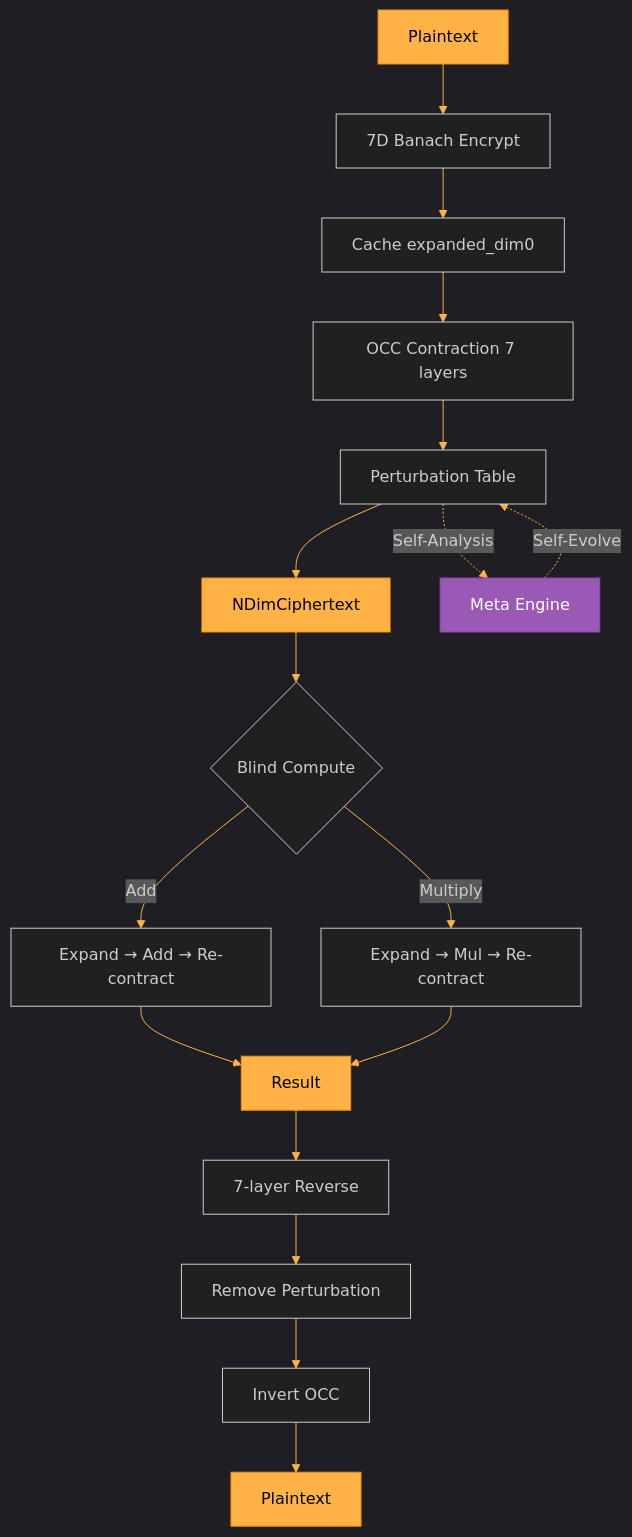
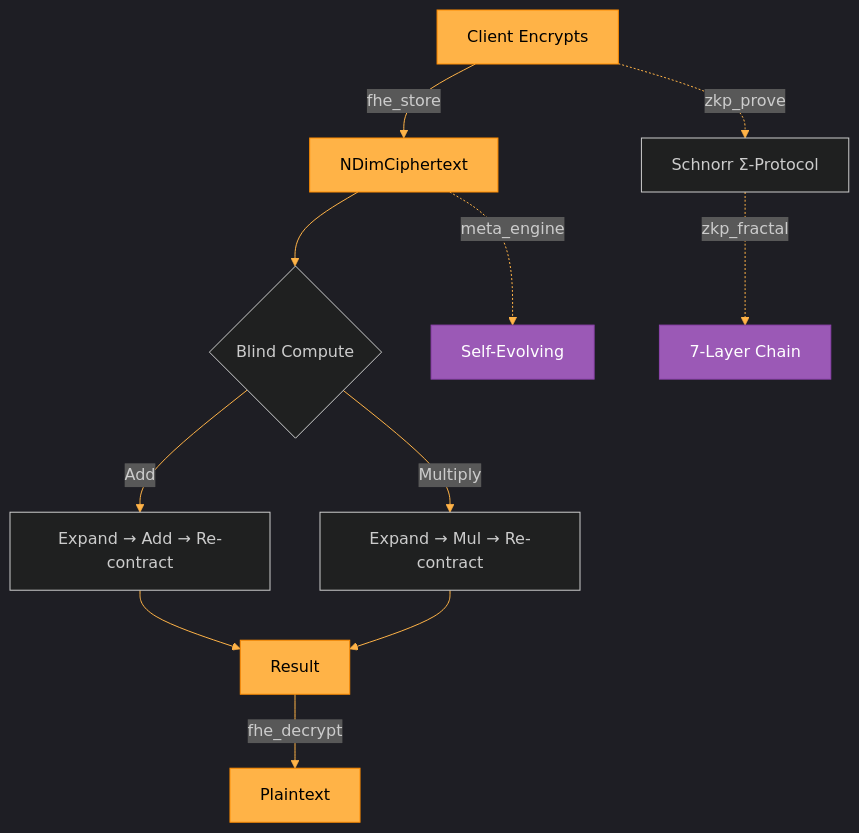
One commit to primordialomegazero/femmgFHE changed the diagram in README.md. Above: the diagram before and after it, drawn with Mermaid. The commit also changed other lines of this file and 2 other files, not shown here.

````diff
--- a/README.md
+++ b/README.md
@@ -61,29 +61,23 @@
 ```mermaid
 %%{init: {'theme':'dark','themeVariables': {'primaryColor':'#ffb347','primaryTextColor':'#000','primaryBorderColor':'#ff8c00','lineColor':'#ffb347','secondaryColor':'#1a1a2e','tertiaryColor':'#16213e'}}}%%
 graph TB
-    A["Plaintext"] --> B["7D Banach Encrypt"]
-    B --> C["Cache expanded_dim0"]
-    C --> D["OCC Contraction 7 layers"]
-    D --> E["Perturbation Table"]
-    E --> F["NDimCiphertext"]
+    A["Client Encrypts"] -->|fhe_store| B["NDimCiphertext"]
+    B --> C{"Blind Compute"}
+    C -->|Add| D["Expand → Add → Re-contract"]
+    C -->|Multiply| E["Expand → Mul → Re-contract"]
+    D --> F["Result"]
+    E --> F
+    F -->|fhe_decrypt| G["Plaintext"]
 
-    F --> G{"Blind Compute"}
-    G -->|Add| H["Expand → Add → Re-contract"]
-    G -->|Multiply| I["Expand → Mul → Re-contract"]
-    H --> J["Result"]
-    I --> J
+    A -.->|zkp_prove| H["Schnorr Σ-Protocol"]
+    H -.->|zkp_fractal| I["7-Layer Chain"]
 
-    J --> K["7-layer Reverse"]
-    K --> L["Remove Perturbation"]
-    L --> M["Invert OCC"]
-    M --> N["Plaintext"]
-
-    E -.->|Self-Analysis| O["Meta Engine"]
-    O -.->|Self-Evolve| E
+    B -.->|meta_engine| J["Self-Evolving"]
 
     style A fill:#ffb347,stroke:#ff8c00,color:#000
+    style B fill:#ffb347,stroke:#ff8c00,color:#000
     style F fill:#ffb347,stroke:#ff8c00,color:#000
-    style J fill:#ffb347,stroke:#ff8c00,color:#000
-    style N fill:#ffb347,stroke:#ff8c00,color:#000
-    style O fill:#9b59b6,stroke:#8e44ad,color:#fff
+    style G fill:#ffb347,stroke:#ff8c00,color:#000
+    style I fill:#9b59b6,stroke:#8e44ad,color:#fff
+    style J fill:#9b59b6,stroke:#8e44ad,color:#fff
 ```
````
